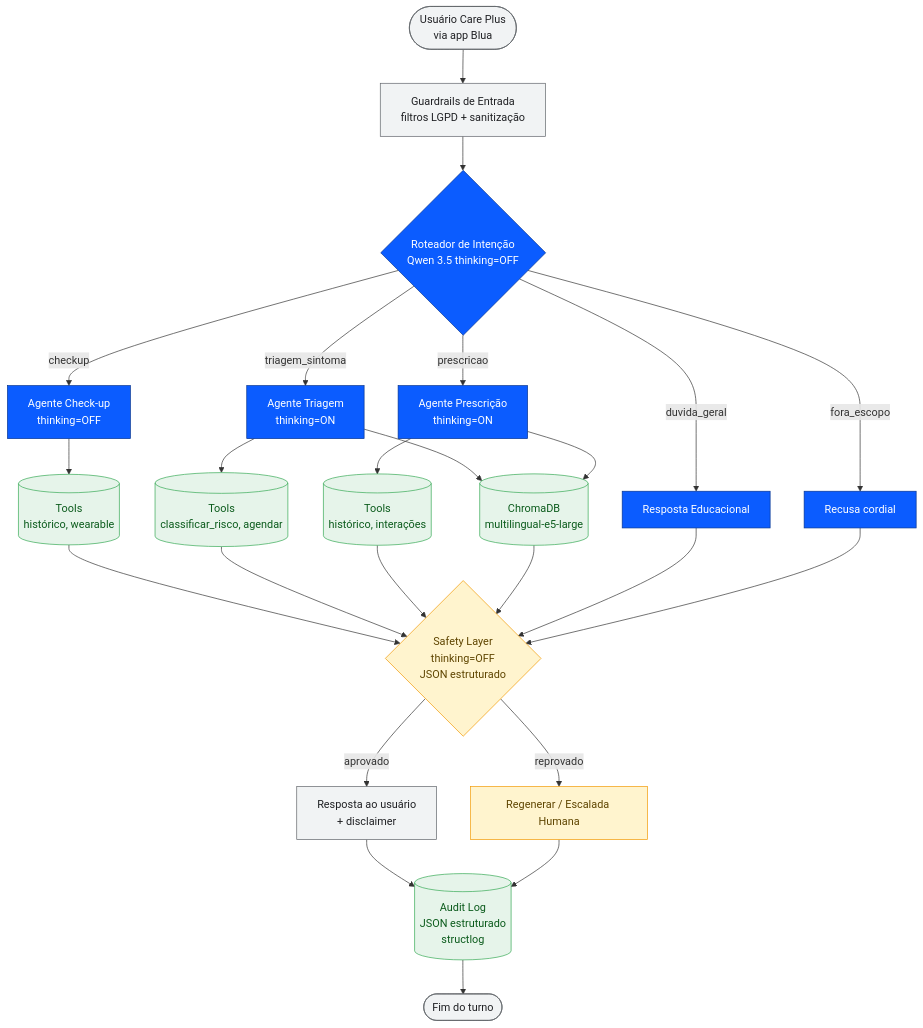
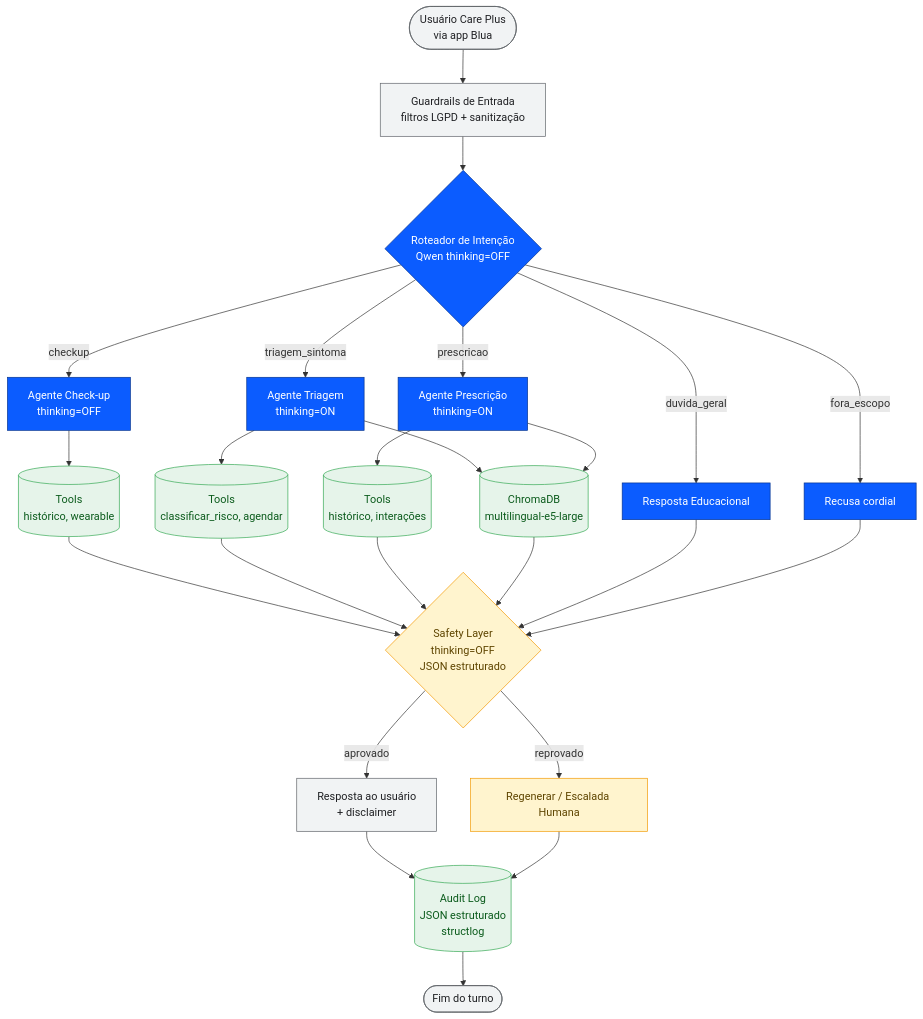
The diagram in docs/arquitetura.mermaid (luke-meireles/Prototype), drawn with Mermaid before and after one commit. The commit also changed 35 other files, not shown here.

```diff
--- a/docs/arquitetura.mermaid
+++ b/docs/arquitetura.mermaid
@@ -1,45 +1,45 @@
 %% Arquitetura BluaDiagnostics — Sprint 1
 %% Para gerar PNG: cole o conteúdo deste arquivo em https://mermaid.live
 %% e exporte como PNG (botão "Actions → Download PNG"). Salve como
 %% docs/arquitetura.png.
 
 flowchart TD
     Usuario([Usuário Care Plus<br/>via app Blua]) --> Guardrails[Guardrails de Entrada<br/>filtros LGPD + sanitização]
-    Guardrails --> Roteador{Roteador de Intenção<br/>Qwen 3.5 thinking=OFF}
+    Guardrails --> Roteador{Roteador de Intenção<br/>Qwen thinking=OFF}
 
     Roteador -->|checkup| Checkup[Agente Check-up<br/>thinking=OFF]
     Roteador -->|triagem_sintoma| Triagem[Agente Triagem<br/>thinking=ON]
     Roteador -->|prescricao| Prescricao[Agente Prescrição<br/>thinking=ON]
     Roteador -->|duvida_geral| Duvida[Resposta Educacional]
     Roteador -->|fora_escopo| ForaEscopo[Recusa cordial]
 
     Checkup --> Tools1[(Tools<br/>histórico, wearable)]
     Triagem --> RAG[(ChromaDB<br/>multilingual-e5-large)]
     Triagem --> Tools2[(Tools<br/>classificar_risco, agendar)]
     Prescricao --> RAG
     Prescricao --> Tools3[(Tools<br/>histórico, interações)]
 
     Tools1 --> Safety
     Tools2 --> Safety
     Tools3 --> Safety
     RAG --> Safety
     Duvida --> Safety
     ForaEscopo --> Safety
 
     Safety{Safety Layer<br/>thinking=OFF<br/>JSON estruturado}
     Safety -->|aprovado| Resposta[Resposta ao usuário<br/>+ disclaimer]
     Safety -->|reprovado| Regenerar[Regenerar / Escalada Humana]
 
     Resposta --> Audit[(Audit Log<br/>JSON estruturado<br/>structlog)]
     Regenerar --> Audit
     Audit --> Fim([Fim do turno])
 
     classDef agente fill:#0b5cff,stroke:#06348f,color:#fff
     classDef store fill:#e6f4ea,stroke:#34a853,color:#0b5b1c
     classDef safety fill:#fff4ce,stroke:#f29900,color:#5f4500
     classDef terminal fill:#f1f3f4,stroke:#5f6368,color:#202124
 
     class Roteador,Checkup,Triagem,Prescricao,Duvida,ForaEscopo agente
     class RAG,Tools1,Tools2,Tools3,Audit store
     class Safety,Regenerar safety
     class Usuario,Fim,Guardrails,Resposta terminal
```
